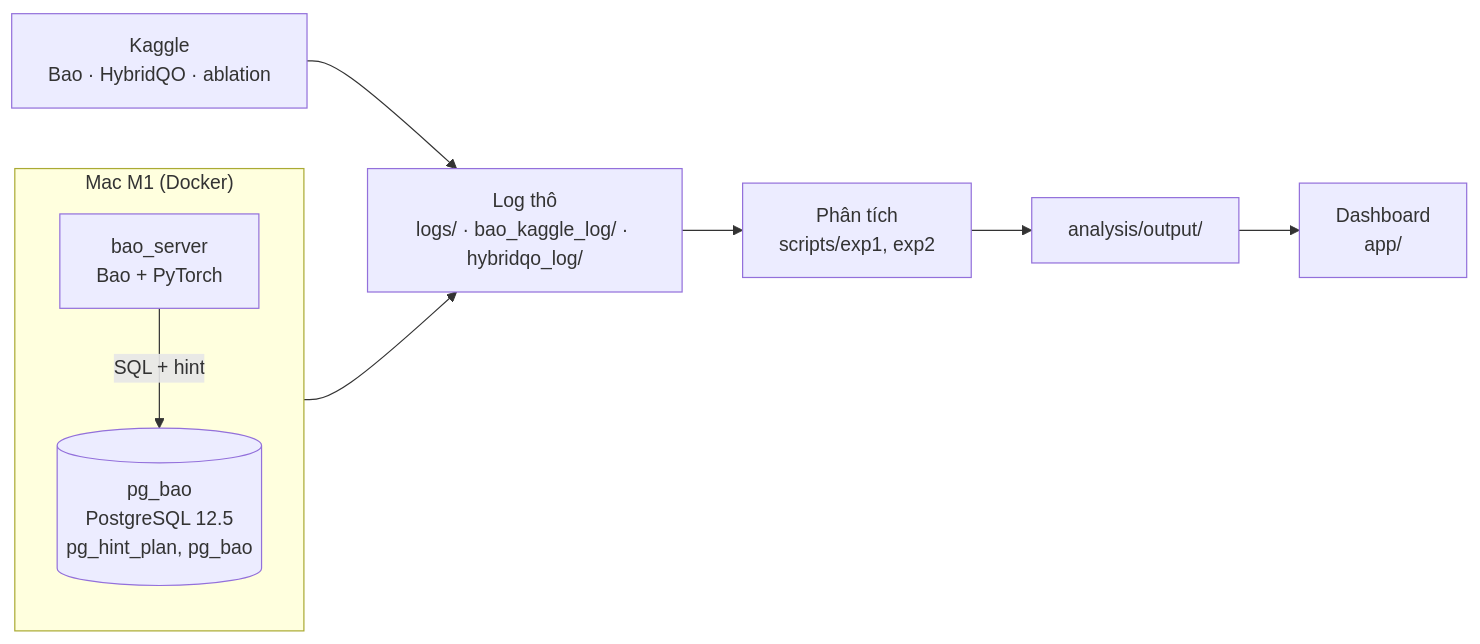
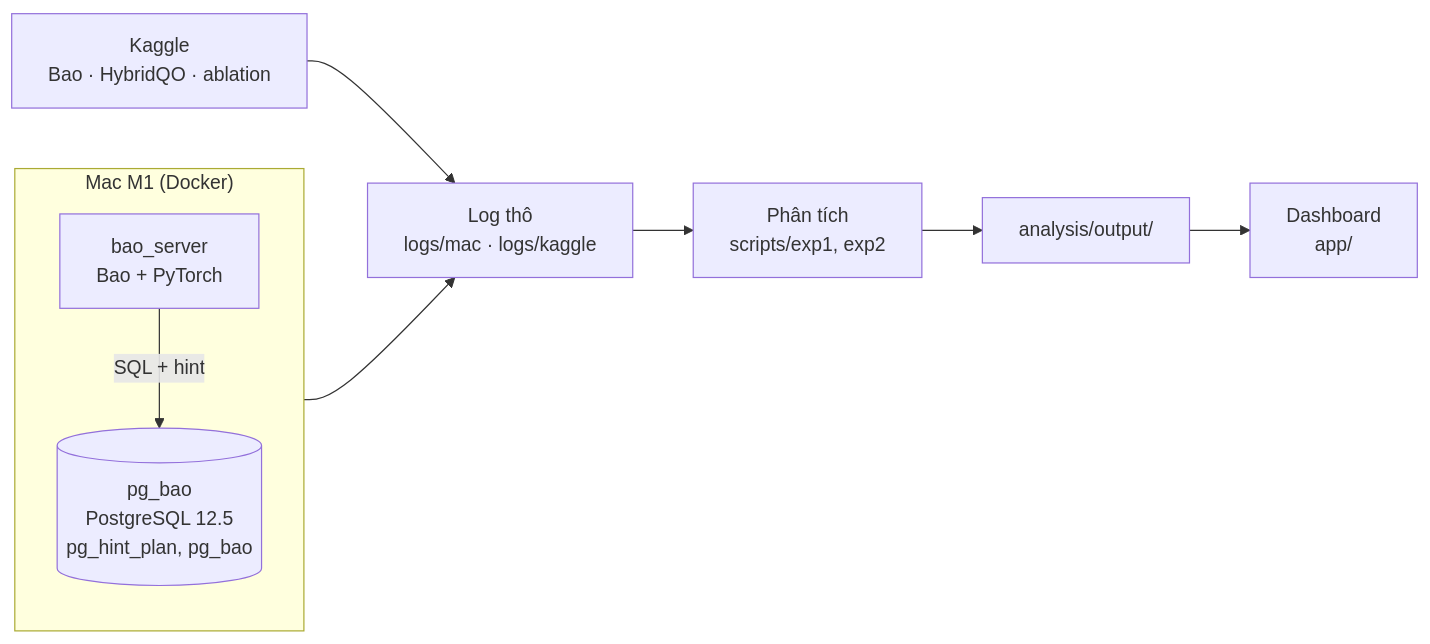
The diagram in ARCHITECTURE.md (vipham999/lqo-datamining), drawn with Mermaid before and after one commit. The commit also changed other lines of this file and 428 other files, not shown here.

First line of the commit message:
Gom log về logs/: tách mac/ và kaggle/{bao,hybridqo,ablation}/, xoá bản trùng

````diff
--- a/ARCHITECTURE.md
+++ b/ARCHITECTURE.md
@@ -9,10 +9,10 @@
 ```mermaid
 flowchart LR
     subgraph MAC["Mac M1 (Docker)"]
         BS[bao_server<br/>Bao + PyTorch] -- SQL + hint --> PG[(pg_bao<br/>PostgreSQL 12.5<br/>pg_hint_plan, pg_bao)]
     end
     KG[Kaggle<br/>Bao · HybridQO · ablation]
-    MAC --> LOG[Log thô<br/>logs/ · bao_kaggle_log/ · hybridqo_log/]
+    MAC --> LOG[Log thô<br/>logs/mac · logs/kaggle]
     KG --> LOG
     LOG --> ANA[Phân tích<br/>scripts/exp1, exp2] --> OUT[analysis/output/] --> APP[Dashboard<br/>app/]
 ```
````
